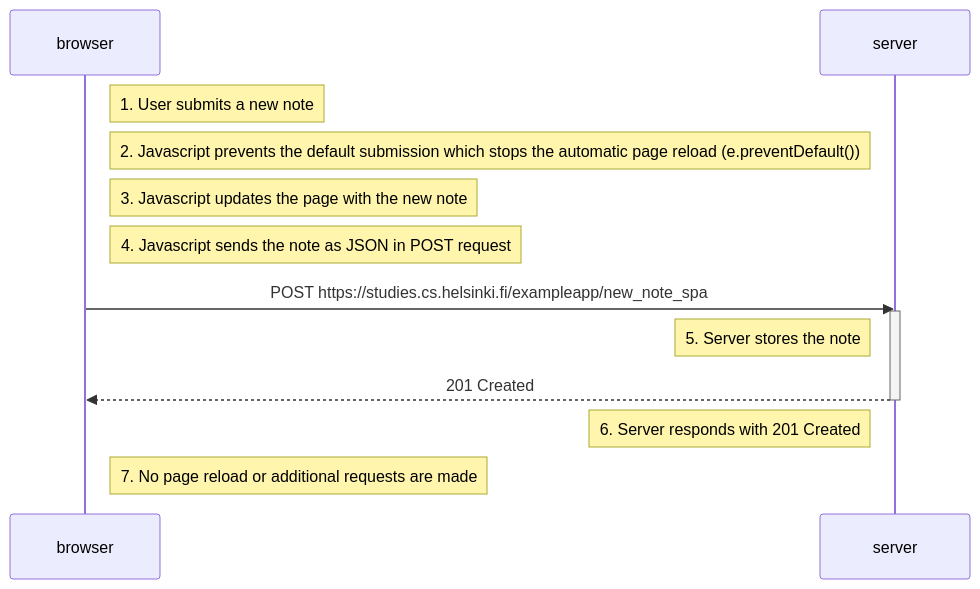
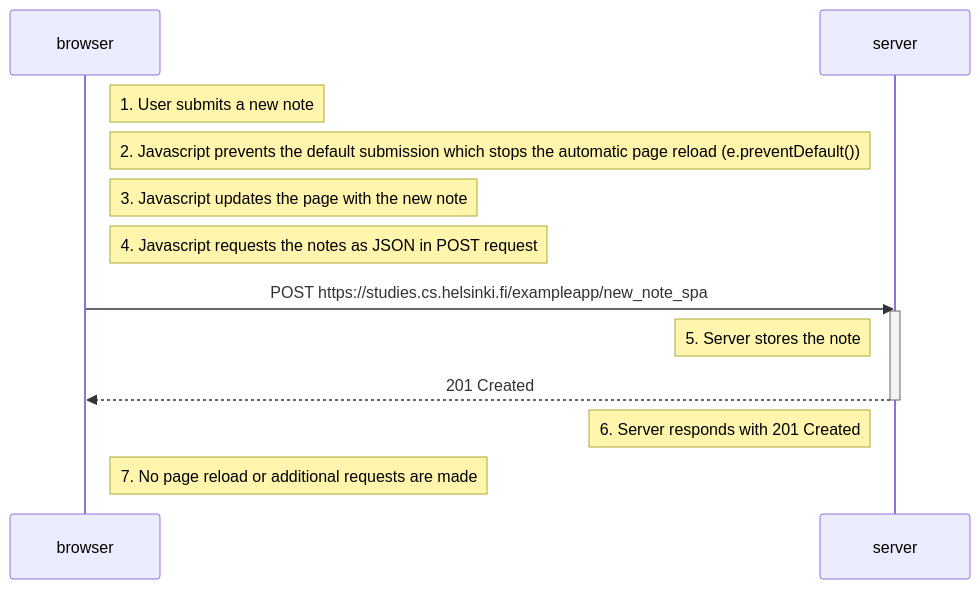
The diagram in osa0/0.6.md (DrFinger2/fullstackopen-2026), drawn with Mermaid before and after one commit.

````diff
--- a/osa0/0.6.md
+++ b/osa0/0.6.md
@@ -1,19 +1,19 @@
 ```mermaid
 sequenceDiagram
     participant browser
     participant server
 
     Note right of browser: 1. User submits a new note
     Note right of browser: 2. Javascript prevents the default submission which stops the automatic page reload (e.preventDefault())
     Note right of browser: 3. Javascript updates the page with the new note
-    Note right of browser: 4. Javascript sends the note as JSON in POST request 
+    Note right of browser: 4. Javascript requests the notes as JSON in POST request 
 
     browser->>server: POST https://studies.cs.helsinki.fi/exampleapp/new_note_spa
     activate server
 
     Note left of server: 5. Server stores the note
     server-->>browser: 201 Created
     deactivate server
     Note left of server: 6. Server responds with 201 Created
     Note right of browser: 7. No page reload or additional requests are made
 ```
````
